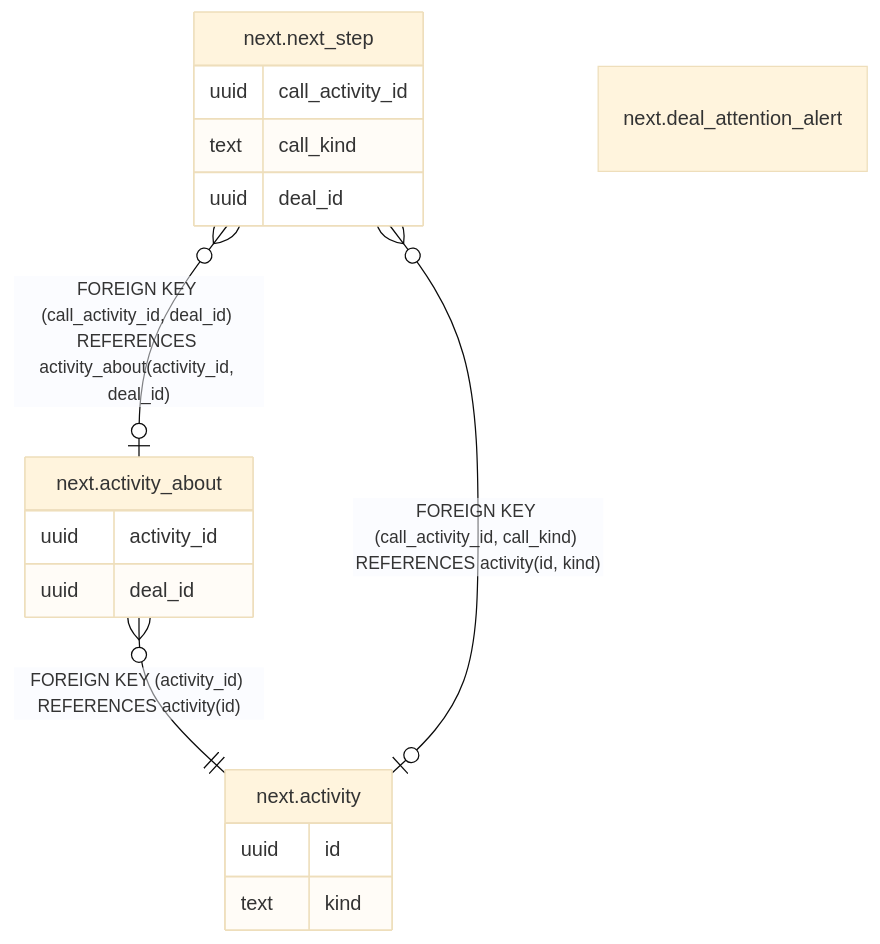
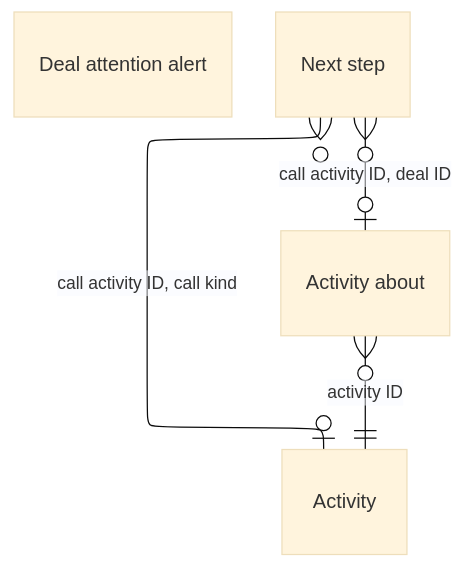
Before and after one commit to DoctorCRE/doctorcre-engine: the diagram in docs/database/tables/viewpoint-activity.md, drawn with Mermaid (base theme). The commit also changed other lines of this file and 29 other files, not shown here.

````diff
--- a/docs/database/tables/viewpoint-activity.md
+++ b/docs/database/tables/viewpoint-activity.md
@@ -18,23 +3,17 @@
 ```mermaid
+---
+config:
+  layout: elk
+  er:
+    nodeSpacing: 22
+    rankSpacing: 44
+---
 erDiagram
-
-"next.activity_about" }o--|| "next.activity" : "FOREIGN KEY (activity_id) REFERENCES activity(id)"
-"next.next_step" }o--o| "next.activity" : "FOREIGN KEY (call_activity_id, call_kind) REFERENCES activity(id, kind)"
-"next.next_step" }o--o| "next.activity_about" : "FOREIGN KEY (call_activity_id, deal_id) REFERENCES activity_about(activity_id, deal_id)"
-
-"next.activity" {
-  uuid id
-  text kind
-}
-"next.activity_about" {
-  uuid activity_id
-  uuid deal_id
-}
-"next.deal_attention_alert" {
-}
-"next.next_step" {
-  uuid call_activity_id
-  text call_kind
-  uuid deal_id
-}
+  "Activity"
+  "Activity about"
+  "Deal attention alert"
+  "Next step"
+  "Activity about" }o--|| "Activity" : "activity ID"
+  "Next step" }o--o| "Activity" : "call activity ID, call kind"
+  "Next step" }o--o| "Activity about" : "call activity ID, deal ID"
 ```
````
